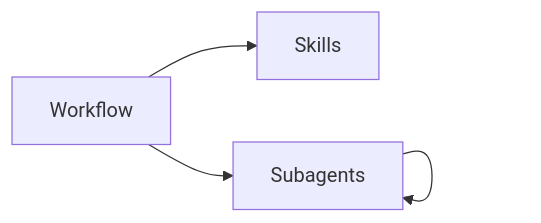
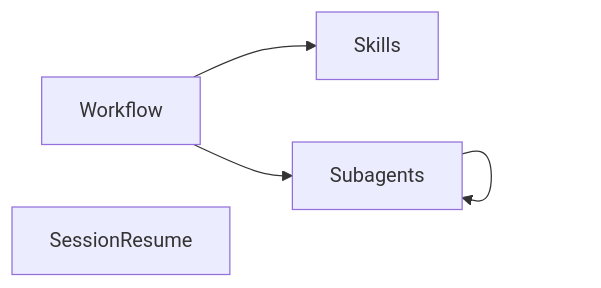
The first of 2 diagrams in codemap.md (alennartz/my-pi), drawn with Mermaid before and after one commit. The commit also changed other lines of this file, not shown here.

````diff
--- a/codemap.md
+++ b/codemap.md
@@ -7,6 +7,7 @@
 ```mermaid
 graph LR
   Workflow --> Skills
   Workflow --> Subagents
   Subagents --> Subagents
+  SessionResume
 ```
````
